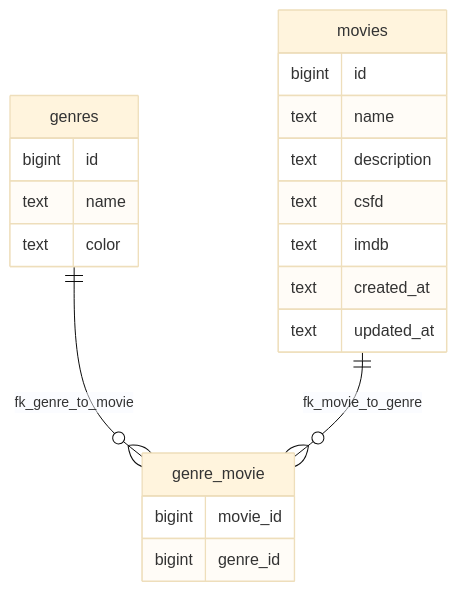
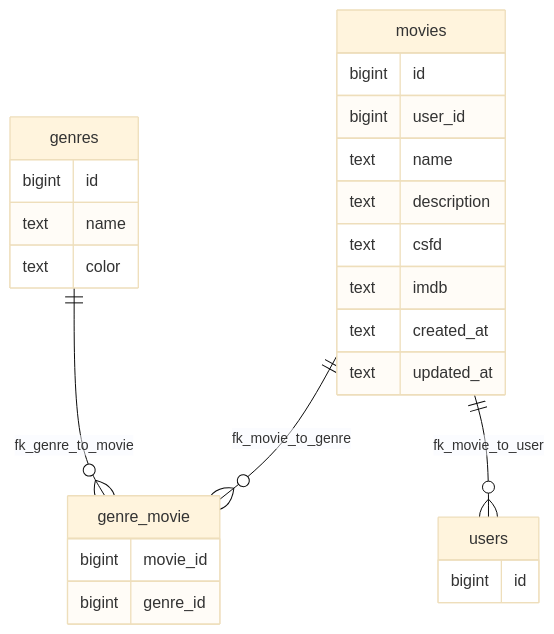
Before and after one commit to ondrejd/laravel-moviez: the diagram in README.md, drawn with Mermaid (base theme). The commit also changed other lines of this file, not shown here.

````diff
--- a/README.md
+++ b/README.md
@@ -10,24 +10,29 @@
   ```mermaid
   erDiagram
     genres {
       bigint id
       text name
       text color
     }
     genre_movie {
       bigint movie_id
       bigint genre_id
     }
     movies {
       bigint id
+      bigint user_id
       text name
       text description
       text csfd
       text imdb
       text created_at
       text updated_at
     }
+    users {
+      bigint id
+    }
 
+    movies ||--o{ users : fk_movie_to_user
     genres ||--o{ genre_movie : fk_genre_to_movie
     movies ||--o{ genre_movie : fk_movie_to_genre
   ```
````
